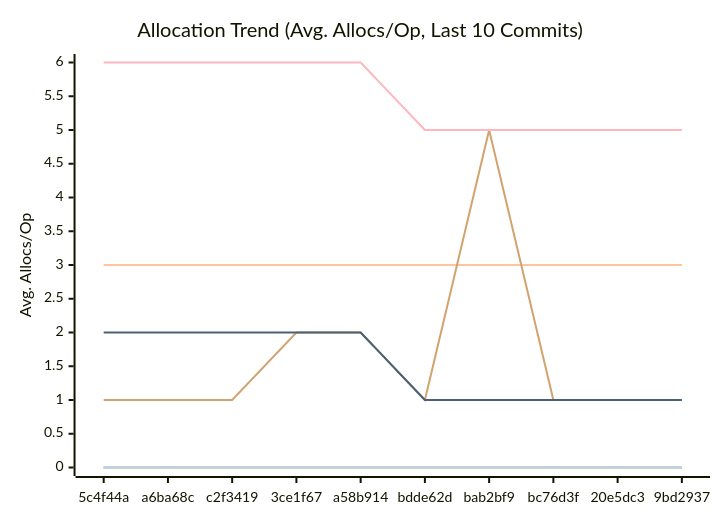
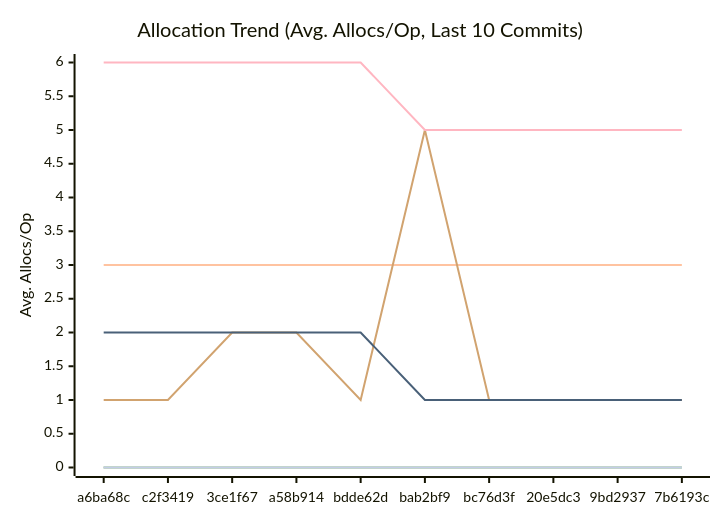
Before and after one commit to alsotoes/momo: the third of 3 diagrams in docs/PERFORMANCE.md, drawn with Mermaid. The commit also changed other lines of this file and 3 other files, not shown here.

````diff
--- a/docs/PERFORMANCE.md
+++ b/docs/PERFORMANCE.md
@@ -114,16 +114,16 @@
 ```mermaid
 xychart-beta
     title "Allocation Trend (Avg. Allocs/Op, Last 10 Commits)"
     x-axis "Commit"
     y-axis "Avg. Allocs/Op"
-    x-axis [5c4f44a,a6ba68c,c2f3419,3ce1f67,a58b914,bdde62d,bab2bf9,bc76d3f,20e5dc3,9bd2937]
+    x-axis [a6ba68c,c2f3419,3ce1f67,a58b914,bdde62d,bab2bf9,bc76d3f,20e5dc3,9bd2937,7b6193c]
     line "CheckMetricsAndSwap" [0,0,0,0,0,0,0,0,0,0]
     line "CrushOptimized" [0,0,0,0,0,0,0,0,0,0]
     line "CrushOriginal" [3,3,3,3,3,3,3,3,3,3]
     line "IndexDirectTracking" [0,0,0,0,0,0,0,0,0,0]
     line "IndexSearch" [0,0,0,0,0,0,0,0,0,0]
-    line "LoadGlobalConfig" [1,1,1,2,2,1,5,1,1,1]
+    line "LoadGlobalConfig" [1,1,2,2,1,5,1,1,1,1]
     line "PadString" [0,0,0,0,0,0,0,0,0,0]
     line "ParseReplicationOrder_NoPrealloc" [6,6,6,6,6,5,5,5,5,5]
     line "ParseReplicationOrder_Prealloc" [2,2,2,2,2,1,1,1,1,1]
 ```
````
